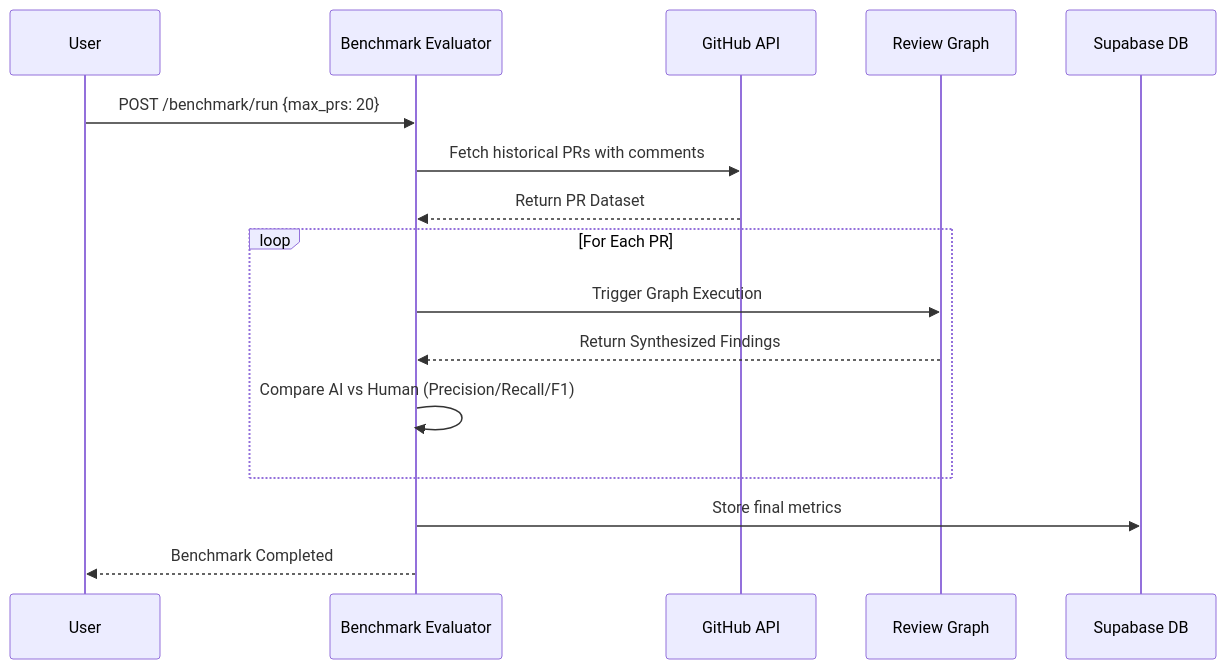
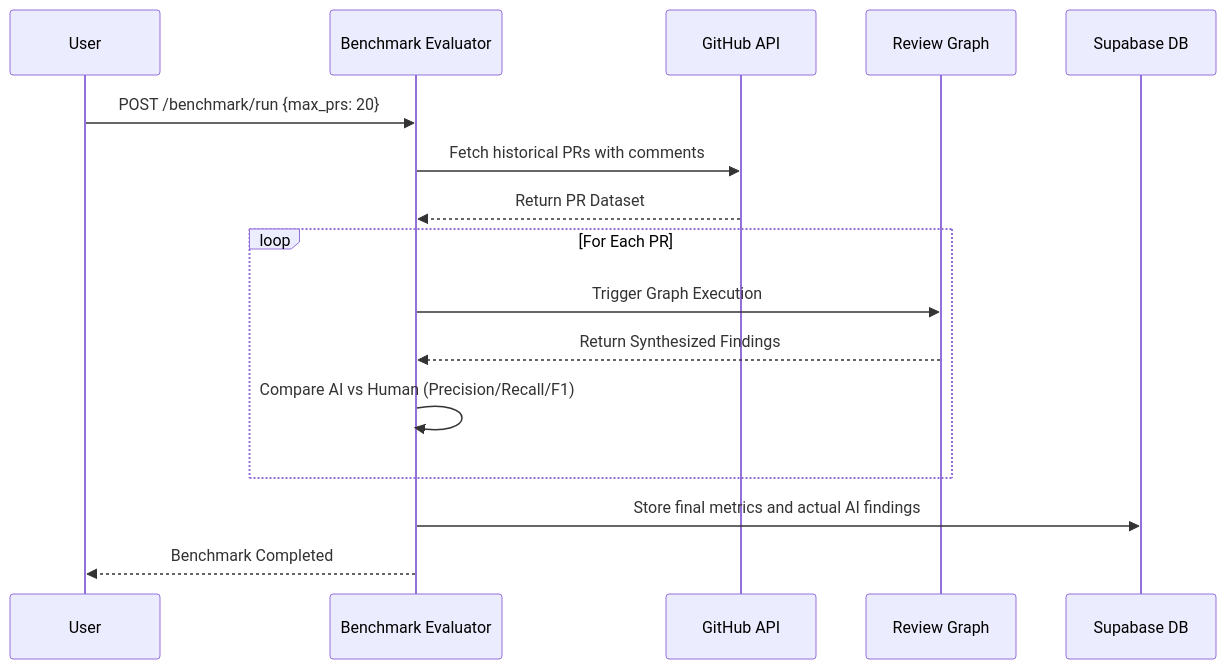
Before and after one commit to TANMaYtO/PRISM: the second of 2 diagrams in README.md, drawn with Mermaid. The commit also changed other lines of this file, not shown here.

````diff
--- a/README.md
+++ b/README.md
@@ -69,19 +84,19 @@
 ```mermaid
 sequenceDiagram
     participant User
     participant Controller as Benchmark Evaluator
     participant GitHub as GitHub API
     participant Graph as Review Graph
     participant DB as Supabase DB
 
     User->>Controller: POST /benchmark/run {max_prs: 20}
     Controller->>GitHub: Fetch historical PRs with comments
     GitHub-->>Controller: Return PR Dataset
     loop For Each PR
         Controller->>Graph: Trigger Graph Execution
         Graph-->>Controller: Return Synthesized Findings
         Controller->>Controller: Compare AI vs Human (Precision/Recall/F1)
     end
-    Controller->>DB: Store final metrics
+    Controller->>DB: Store final metrics and actual AI findings
     Controller-->>User: Benchmark Completed
 ```
````
